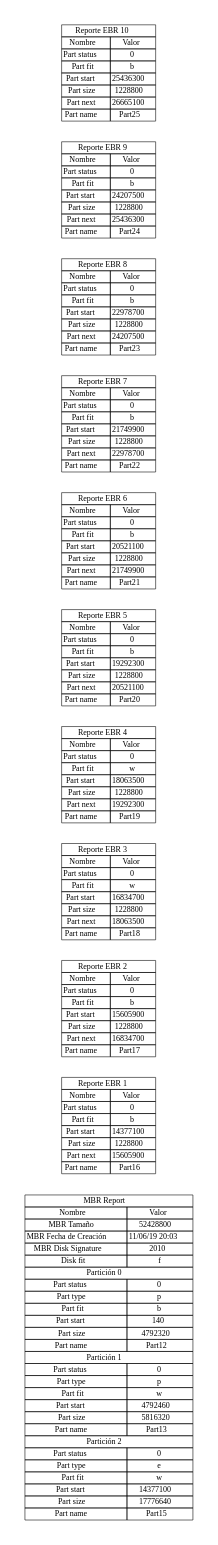
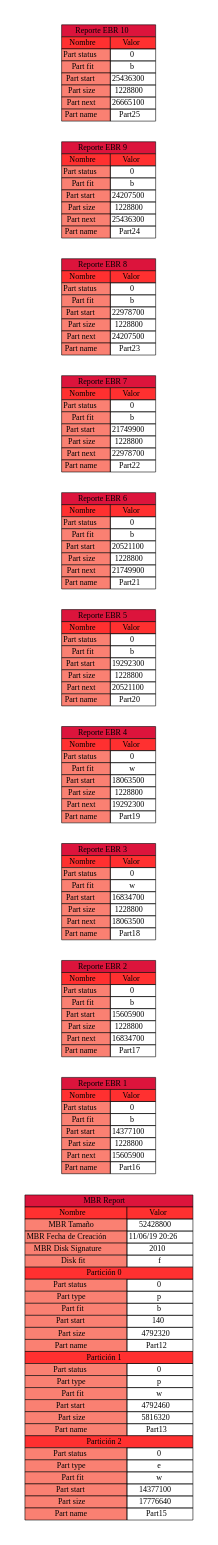
Before and after one commit to MacoChave/DiskParted: the diagram in mbr_report.dot, drawn with Graphviz. The commit also changed 4 other files, not shown here.

```diff
--- a/mbr_report.dot
+++ b/mbr_report.dot
@@ -5,107 +5,107 @@
 	MBR [label=<
 		<table border="0" cellborder="1" cellspacing="0">
 			<tr>
-				<td colspan="2">MBR Report</td>
+				<td bgcolor="crimson" colspan="2">MBR Report</td>
 			</tr>
 			<tr>
-				<td>Nombre</td>
-				<td>Valor</td>
+				<td bgcolor="firebrick1">Nombre</td>
+				<td bgcolor="firebrick1">Valor</td>
 			</tr>
 			<tr>
-				<td>MBR Tamaño</td>
+				<td bgcolor="salmon">MBR Tamaño</td>
 				<td>52428800</td>
 			</tr>
 			<tr>
-				<td>MBR Fecha de Creación</td>
-				<td>11/06/19 20:03</td>
+				<td bgcolor="salmon">MBR Fecha de Creación</td>
+				<td>11/06/19 20:26</td>
 			</tr>
 			<tr>
-				<td>MBR Disk Signature</td>
+				<td bgcolor="salmon">MBR Disk Signature</td>
 				<td>2010</td>
 			</tr>
 			<tr>
-				<td>Disk fit</td>
+				<td bgcolor="salmon">Disk fit</td>
 				<td>f</td>
 			</tr>
 			<tr>
-				<td colspan="2">Partición 0</td>
+				<td bgcolor="firebrick1" colspan="2">Partición 0</td>
 			</tr>
 			<tr>
-				<td>Part status</td>
+				<td bgcolor="salmon">Part status</td>
 				<td>0</td>
 			</tr>
 			<tr>
-				<td>Part type</td>
+				<td bgcolor="salmon">Part type</td>
 				<td>p</td>
 			</tr>
 			<tr>
-				<td>Part fit</td>
+				<td bgcolor="salmon">Part fit</td>
 				<td>b</td>
 			</tr>
 			<tr>
-				<td>Part start</td>
+				<td bgcolor="salmon">Part start</td>
 				<td>140</td>
 			</tr>
 			<tr>
-				<td>Part size</td>
+				<td bgcolor="salmon">Part size</td>
 				<td>4792320</td>
 			</tr>
 			<tr>
-				<td>Part name</td>
+				<td bgcolor="salmon">Part name</td>
 				<td>Part12</td>
 			</tr>
 			<tr>
-				<td colspan="2">Partición 1</td>
+				<td bgcolor="firebrick1" colspan="2">Partición 1</td>
 			</tr>
 			<tr>
-				<td>Part status</td>
+				<td bgcolor="salmon">Part status</td>
 				<td>0</td>
 			</tr>
 			<tr>
-				<td>Part type</td>
+				<td bgcolor="salmon">Part type</td>
 				<td>p</td>
 			</tr>
 			<tr>
-				<td>Part fit</td>
+				<td bgcolor="salmon">Part fit</td>
 				<td>w</td>
 			</tr>
 			<tr>
-				<td>Part start</td>
+				<td bgcolor="salmon">Part start</td>
 				<td>4792460</td>
 			</tr>
 			<tr>
-				<td>Part size</td>
+				<td bgcolor="salmon">Part size</td>
 				<td>5816320</td>
 			</tr>
 			<tr>
-				<td>Part name</td>
+				<td bgcolor="salmon">Part name</td>
 				<td>Part13</td>
 			</tr>
 			<tr>
-				<td colspan="2">Partición 2</td>
+				<td bgcolor="firebrick1" colspan="2">Partición 2</td>
 			</tr>
 			<tr>
-				<td>Part status</td>
+				<td bgcolor="salmon">Part status</td>
 				<td>0</td>
 			</tr>
 			<tr>
-				<td>Part type</td>
+				<td bgcolor="salmon">Part type</td>
 				<td>e</td>
 			</tr>
 			<tr>
-				<td>Part fit</td>
+				<td bgcolor="salmon">Part fit</td>
 				<td>w</td>
 			</tr>
 			<tr>
-				<td>Part start</td>
+				<td bgcolor="salmon">Part start</td>
 				<td>14377100</td>
 			</tr>
 			<tr>
-				<td>Part size</td>
+				<td bgcolor="salmon">Part size</td>
 				<td>17776640</td>
 			</tr>
 			<tr>
-				<td>Part name</td>
+				<td bgcolor="salmon">Part name</td>
 				<td>Part15</td>
 			</tr>
 		</table>
@@ -113,34 +113,34 @@
 	EBR1 [label=<
 		<table border="0" cellborder="1" cellspacing="0">
 			<tr>
-				<td colspan="2">Reporte EBR 1</td>
+				<td bgcolor="crimson" colspan="2">Reporte EBR 1</td>
 			</tr>
 			<tr>
-				<td>Nombre</td>
-				<td>Valor</td>
+				<td bgcolor="firebrick1">Nombre</td>
+				<td bgcolor="firebrick1">Valor</td>
 			</tr>
 			<tr>
-				<td>Part status</td>
+				<td bgcolor="salmon">Part status</td>
 				<td>0</td>
 			</tr>
 			<tr>
-				<td>Part fit</td>
+				<td bgcolor="salmon">Part fit</td>
 				<td>b</td>
 			</tr>
 			<tr>
-				<td>Part start</td>
+				<td bgcolor="salmon">Part start</td>
 				<td>14377100</td>
 			</tr>
 			<tr>
-				<td>Part size</td>
+				<td bgcolor="salmon">Part size</td>
 				<td>1228800</td>
 			</tr>
 			<tr>
-				<td>Part next</td>
+				<td bgcolor="salmon">Part next</td>
 				<td>15605900</td>
 			</tr>
 			<tr>
-				<td>Part name</td>
+				<td bgcolor="salmon">Part name</td>
 				<td>Part16</td>
 			</tr>
 		</table>
@@ -148,34 +148,34 @@
 	EBR2 [label=<
 		<table border="0" cellborder="1" cellspacing="0">
 			<tr>
-				<td colspan="2">Reporte EBR 2</td>
+				<td bgcolor="crimson" colspan="2">Reporte EBR 2</td>
 			</tr>
 			<tr>
-				<td>Nombre</td>
-				<td>Valor</td>
+				<td bgcolor="firebrick1">Nombre</td>
+				<td bgcolor="firebrick1">Valor</td>
 			</tr>
 			<tr>
-				<td>Part status</td>
+				<td bgcolor="salmon">Part status</td>
 				<td>0</td>
 			</tr>
 			<tr>
-				<td>Part fit</td>
+				<td bgcolor="salmon">Part fit</td>
 				<td>b</td>
 			</tr>
 			<tr>
-				<td>Part start</td>
+				<td bgcolor="salmon">Part start</td>
 				<td>15605900</td>
 			</tr>
 			<tr>
-				<td>Part size</td>
+				<td bgcolor="salmon">Part size</td>
 				<td>1228800</td>
 			</tr>
 			<tr>
-				<td>Part next</td>
+				<td bgcolor="salmon">Part next</td>
 				<td>16834700</td>
 			</tr>
 			<tr>
-				<td>Part name</td>
+				<td bgcolor="salmon">Part name</td>
 				<td>Part17</td>
 			</tr>
 		</table>
@@ -183,34 +183,34 @@
 	EBR3 [label=<
 		<table border="0" cellborder="1" cellspacing="0">
 			<tr>
-				<td colspan="2">Reporte EBR 3</td>
+				<td bgcolor="crimson" colspan="2">Reporte EBR 3</td>
 			</tr>
 			<tr>
-				<td>Nombre</td>
-				<td>Valor</td>
+				<td bgcolor="firebrick1">Nombre</td>
+				<td bgcolor="firebrick1">Valor</td>
 			</tr>
 			<tr>
-				<td>Part status</td>
+				<td bgcolor="salmon">Part status</td>
 				<td>0</td>
 			</tr>
 			<tr>
-				<td>Part fit</td>
+				<td bgcolor="salmon">Part fit</td>
 				<td>w</td>
 			</tr>
 			<tr>
-				<td>Part start</td>
+				<td bgcolor="salmon">Part start</td>
 				<td>16834700</td>
 			</tr>
 			<tr>
-				<td>Part size</td>
+				<td bgcolor="salmon">Part size</td>
 				<td>1228800</td>
 			</tr>
 			<tr>
-				<td>Part next</td>
+				<td bgcolor="salmon">Part next</td>
 				<td>18063500</td>
 			</tr>
 			<tr>
-				<td>Part name</td>
+				<td bgcolor="salmon">Part name</td>
 				<td>Part18</td>
 			</tr>
 		</table>
@@ -218,34 +218,34 @@
 	EBR4 [label=<
 		<table border="0" cellborder="1" cellspacing="0">
 			<tr>
-				<td colspan="2">Reporte EBR 4</td>
+				<td bgcolor="crimson" colspan="2">Reporte EBR 4</td>
 			</tr>
 			<tr>
-				<td>Nombre</td>
-				<td>Valor</td>
+				<td bgcolor="firebrick1">Nombre</td>
+				<td bgcolor="firebrick1">Valor</td>
 			</tr>
 			<tr>
-				<td>Part status</td>
+				<td bgcolor="salmon">Part status</td>
 				<td>0</td>
 			</tr>
 			<tr>
-				<td>Part fit</td>
+				<td bgcolor="salmon">Part fit</td>
 				<td>w</td>
 			</tr>
 			<tr>
-				<td>Part start</td>
+				<td bgcolor="salmon">Part start</td>
 				<td>18063500</td>
 			</tr>
 			<tr>
-				<td>Part size</td>
+				<td bgcolor="salmon">Part size</td>
 				<td>1228800</td>
 			</tr>
 			<tr>
-				<td>Part next</td>
+				<td bgcolor="salmon">Part next</td>
 				<td>19292300</td>
 			</tr>
 			<tr>
-				<td>Part name</td>
+				<td bgcolor="salmon">Part name</td>
 				<td>Part19</td>
 			</tr>
 		</table>
@@ -253,34 +253,34 @@
 	EBR5 [label=<
 		<table border="0" cellborder="1" cellspacing="0">
 			<tr>
-				<td colspan="2">Reporte EBR 5</td>
+				<td bgcolor="crimson" colspan="2">Reporte EBR 5</td>
 			</tr>
 			<tr>
-				<td>Nombre</td>
-				<td>Valor</td>
+				<td bgcolor="firebrick1">Nombre</td>
+				<td bgcolor="firebrick1">Valor</td>
 			</tr>
 			<tr>
-				<td>Part status</td>
+				<td bgcolor="salmon">Part status</td>
 				<td>0</td>
 			</tr>
 			<tr>
-				<td>Part fit</td>
+				<td bgcolor="salmon">Part fit</td>
 				<td>b</td>
 			</tr>
 			<tr>
-				<td>Part start</td>
+				<td bgcolor="salmon">Part start</td>
 				<td>19292300</td>
 			</tr>
 			<tr>
-				<td>Part size</td>
+				<td bgcolor="salmon">Part size</td>
 				<td>1228800</td>
 			</tr>
 			<tr>
-				<td>Part next</td>
+				<td bgcolor="salmon">Part next</td>
 				<td>20521100</td>
 			</tr>
 			<tr>
-				<td>Part name</td>
+				<td bgcolor="salmon">Part name</td>
 				<td>Part20</td>
 			</tr>
 		</table>
@@ -288,34 +288,34 @@
 	EBR6 [label=<
 		<table border="0" cellborder="1" cellspacing="0">
 			<tr>
-				<td colspan="2">Reporte EBR 6</td>
+				<td bgcolor="crimson" colspan="2">Reporte EBR 6</td>
 			</tr>
 			<tr>
-				<td>Nombre</td>
-				<td>Valor</td>
+				<td bgcolor="firebrick1">Nombre</td>
+				<td bgcolor="firebrick1">Valor</td>
 			</tr>
 			<tr>
-				<td>Part status</td>
+				<td bgcolor="salmon">Part status</td>
 				<td>0</td>
 			</tr>
 			<tr>
-				<td>Part fit</td>
+				<td bgcolor="salmon">Part fit</td>
 				<td>b</td>
 			</tr>
 			<tr>
-				<td>Part start</td>
+				<td bgcolor="salmon">Part start</td>
 				<td>20521100</td>
 			</tr>
 			<tr>
-				<td>Part size</td>
+				<td bgcolor="salmon">Part size</td>
 				<td>1228800</td>
 			</tr>
 			<tr>
-				<td>Part next</td>
+				<td bgcolor="salmon">Part next</td>
 				<td>21749900</td>
 			</tr>
 			<tr>
-				<td>Part name</td>
+				<td bgcolor="salmon">Part name</td>
 				<td>Part21</td>
 			</tr>
 		</table>
@@ -323,34 +323,34 @@
 	EBR7 [label=<
 		<table border="0" cellborder="1" cellspacing="0">
 			<tr>
-				<td colspan="2">Reporte EBR 7</td>
+				<td bgcolor="crimson" colspan="2">Reporte EBR 7</td>
 			</tr>
 			<tr>
-				<td>Nombre</td>
-				<td>Valor</td>
+				<td bgcolor="firebrick1">Nombre</td>
+				<td bgcolor="firebrick1">Valor</td>
 			</tr>
 			<tr>
-				<td>Part status</td>
+				<td bgcolor="salmon">Part status</td>
 				<td>0</td>
 			</tr>
 			<tr>
-				<td>Part fit</td>
+				<td bgcolor="salmon">Part fit</td>
 				<td>b</td>
 			</tr>
 			<tr>
-				<td>Part start</td>
+				<td bgcolor="salmon">Part start</td>
 				<td>21749900</td>
 			</tr>
 			<tr>
-				<td>Part size</td>
+				<td bgcolor="salmon">Part size</td>
 				<td>1228800</td>
 			</tr>
 			<tr>
-				<td>Part next</td>
+				<td bgcolor="salmon">Part next</td>
 				<td>22978700</td>
 			</tr>
 			<tr>
-				<td>Part name</td>
+				<td bgcolor="salmon">Part name</td>
 				<td>Part22</td>
 			</tr>
 		</table>
@@ -358,34 +358,34 @@
 	EBR8 [label=<
 		<table border="0" cellborder="1" cellspacing="0">
 			<tr>
-				<td colspan="2">Reporte EBR 8</td>
+				<td bgcolor="crimson" colspan="2">Reporte EBR 8</td>
 			</tr>
 			<tr>
-				<td>Nombre</td>
-				<td>Valor</td>
+				<td bgcolor="firebrick1">Nombre</td>
+				<td bgcolor="firebrick1">Valor</td>
 			</tr>
 			<tr>
-				<td>Part status</td>
+				<td bgcolor="salmon">Part status</td>
 				<td>0</td>
 			</tr>
 			<tr>
-				<td>Part fit</td>
+				<td bgcolor="salmon">Part fit</td>
 				<td>b</td>
 			</tr>
 			<tr>
-				<td>Part start</td>
+				<td bgcolor="salmon">Part start</td>
 				<td>22978700</td>
 			</tr>
 			<tr>
-				<td>Part size</td>
+				<td bgcolor="salmon">Part size</td>
 				<td>1228800</td>
 			</tr>
 			<tr>
-				<td>Part next</td>
+				<td bgcolor="salmon">Part next</td>
 				<td>24207500</td>
 			</tr>
 			<tr>
-				<td>Part name</td>
+				<td bgcolor="salmon">Part name</td>
 				<td>Part23</td>
 			</tr>
 		</table>
@@ -393,34 +393,34 @@
 	EBR9 [label=<
 		<table border="0" cellborder="1" cellspacing="0">
 			<tr>
-				<td colspan="2">Reporte EBR 9</td>
+				<td bgcolor="crimson" colspan="2">Reporte EBR 9</td>
 			</tr>
 			<tr>
-				<td>Nombre</td>
-				<td>Valor</td>
+				<td bgcolor="firebrick1">Nombre</td>
+				<td bgcolor="firebrick1">Valor</td>
 			</tr>
 			<tr>
-				<td>Part status</td>
+				<td bgcolor="salmon">Part status</td>
 				<td>0</td>
 			</tr>
 			<tr>
-				<td>Part fit</td>
+				<td bgcolor="salmon">Part fit</td>
 				<td>b</td>
 			</tr>
 			<tr>
-				<td>Part start</td>
+				<td bgcolor="salmon">Part start</td>
 				<td>24207500</td>
 			</tr>
 			<tr>
-				<td>Part size</td>
+				<td bgcolor="salmon">Part size</td>
 				<td>1228800</td>
 			</tr>
 			<tr>
-				<td>Part next</td>
+				<td bgcolor="salmon">Part next</td>
 				<td>25436300</td>
 			</tr>
 			<tr>
-				<td>Part name</td>
+				<td bgcolor="salmon">Part name</td>
 				<td>Part24</td>
 			</tr>
 		</table>
@@ -428,34 +428,34 @@
 	EBR10 [label=<
 		<table border="0" cellborder="1" cellspacing="0">
 			<tr>
-				<td colspan="2">Reporte EBR 10</td>
+				<td bgcolor="crimson" colspan="2">Reporte EBR 10</td>
 			</tr>
 			<tr>
-				<td>Nombre</td>
-				<td>Valor</td>
+				<td bgcolor="firebrick1">Nombre</td>
+				<td bgcolor="firebrick1">Valor</td>
 			</tr>
 			<tr>
-				<td>Part status</td>
+				<td bgcolor="salmon">Part status</td>
 				<td>0</td>
 			</tr>
 			<tr>
-				<td>Part fit</td>
+				<td bgcolor="salmon">Part fit</td>
 				<td>b</td>
 			</tr>
 			<tr>
-				<td>Part start</td>
+				<td bgcolor="salmon">Part start</td>
 				<td>25436300</td>
 			</tr>
 			<tr>
-				<td>Part size</td>
+				<td bgcolor="salmon">Part size</td>
 				<td>1228800</td>
 			</tr>
 			<tr>
-				<td>Part next</td>
+				<td bgcolor="salmon">Part next</td>
 				<td>26665100</td>
 			</tr>
 			<tr>
-				<td>Part name</td>
+				<td bgcolor="salmon">Part name</td>
 				<td>Part25</td>
 			</tr>
 		</table>
```
